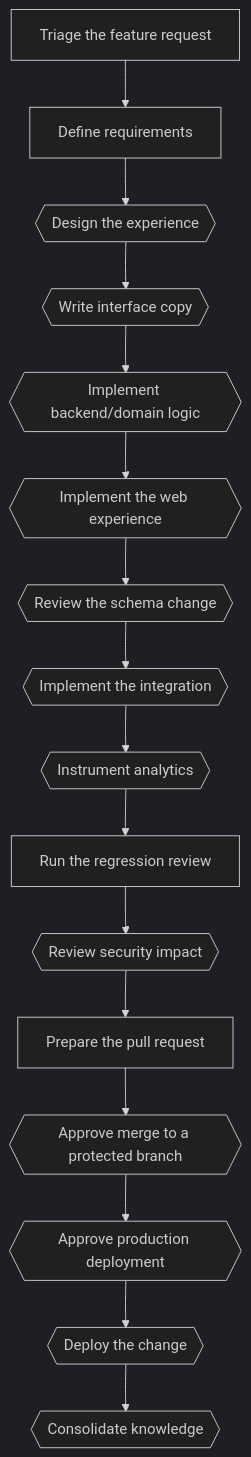
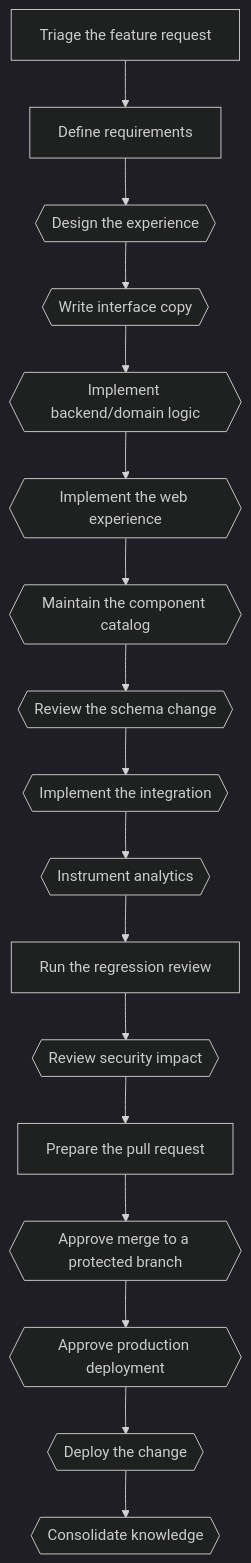
Before and after one commit to xavitoro/guild: the diagram in .guild/core/workflows/add-feature/workflow.md, drawn with Mermaid (dark theme). The commit also changed other lines of this file and 12 other files, not shown here.

First line of the commit message:
feat: add component-catalog skill and workflow steps for Ranger

````diff
--- a/.guild/core/workflows/add-feature/workflow.md
+++ b/.guild/core/workflows/add-feature/workflow.md
@@ -17,34 +17,36 @@
 ```mermaid
 flowchart TD
     add-feature-01-triage["Triage the feature request"]
     add-feature-02-define-requirements["Define requirements"]
     add-feature-03-design-experience{{"Design the experience"}}
     add-feature-04-write-copy{{"Write interface copy"}}
     add-feature-05-implement-backend{{"Implement backend/domain logic"}}
     add-feature-06-implement-frontend{{"Implement the web experience"}}
-    add-feature-07-review-schema{{"Review the schema change"}}
-    add-feature-08-implement-integration{{"Implement the integration"}}
-    add-feature-09-instrument-analytics{{"Instrument analytics"}}
-    add-feature-10-regression-review["Run the regression review"]
-    add-feature-11-threat-model{{"Review security impact"}}
-    add-feature-12-prepare-pull-request["Prepare the pull request"]
-    add-feature-13-human-approval-merge{{"Approve merge to a protected branch"}}
-    add-feature-14-human-approval-deploy{{"Approve production deployment"}}
-    add-feature-15-deploy{{"Deploy the change"}}
-    add-feature-16-consolidate-knowledge{{"Consolidate knowledge"}}
+    add-feature-07-maintain-component-catalog{{"Maintain the component catalog"}}
+    add-feature-08-review-schema{{"Review the schema change"}}
+    add-feature-09-implement-integration{{"Implement the integration"}}
+    add-feature-10-instrument-analytics{{"Instrument analytics"}}
+    add-feature-11-regression-review["Run the regression review"]
+    add-feature-12-threat-model{{"Review security impact"}}
+    add-feature-13-prepare-pull-request["Prepare the pull request"]
+    add-feature-14-human-approval-merge{{"Approve merge to a protected branch"}}
+    add-feature-15-human-approval-deploy{{"Approve production deployment"}}
+    add-feature-16-deploy{{"Deploy the change"}}
+    add-feature-17-consolidate-knowledge{{"Consolidate knowledge"}}
     add-feature-01-triage --> add-feature-02-define-requirements
     add-feature-02-define-requirements --> add-feature-03-design-experience
     add-feature-03-design-experience --> add-feature-04-write-copy
     add-feature-04-write-copy --> add-feature-05-implement-backend
     add-feature-05-implement-backend --> add-feature-06-implement-frontend
-    add-feature-06-implement-frontend --> add-feature-07-review-schema
-    add-feature-07-review-schema --> add-feature-08-implement-integration
-    add-feature-08-implement-integration --> add-feature-09-instrument-analytics
-    add-feature-09-instrument-analytics --> add-feature-10-regression-review
-    add-feature-10-regression-review --> add-feature-11-threat-model
-    add-feature-11-threat-model --> add-feature-12-prepare-pull-request
-    add-feature-12-prepare-pull-request --> add-feature-13-human-approval-merge
-    add-feature-13-human-approval-merge --> add-feature-14-human-approval-deploy
-    add-feature-14-human-approval-deploy --> add-feature-15-deploy
-    add-feature-15-deploy --> add-feature-16-consolidate-knowledge
+    add-feature-06-implement-frontend --> add-feature-07-maintain-component-catalog
+    add-feature-07-maintain-component-catalog --> add-feature-08-review-schema
+    add-feature-08-review-schema --> add-feature-09-implement-integration
+    add-feature-09-implement-integration --> add-feature-10-instrument-analytics
+    add-feature-10-instrument-analytics --> add-feature-11-regression-review
+    add-feature-11-regression-review --> add-feature-12-threat-model
+    add-feature-12-threat-model --> add-feature-13-prepare-pull-request
+    add-feature-13-prepare-pull-request --> add-feature-14-human-approval-merge
+    add-feature-14-human-approval-merge --> add-feature-15-human-approval-deploy
+    add-feature-15-human-approval-deploy --> add-feature-16-deploy
+    add-feature-16-deploy --> add-feature-17-consolidate-knowledge
 ```
````
